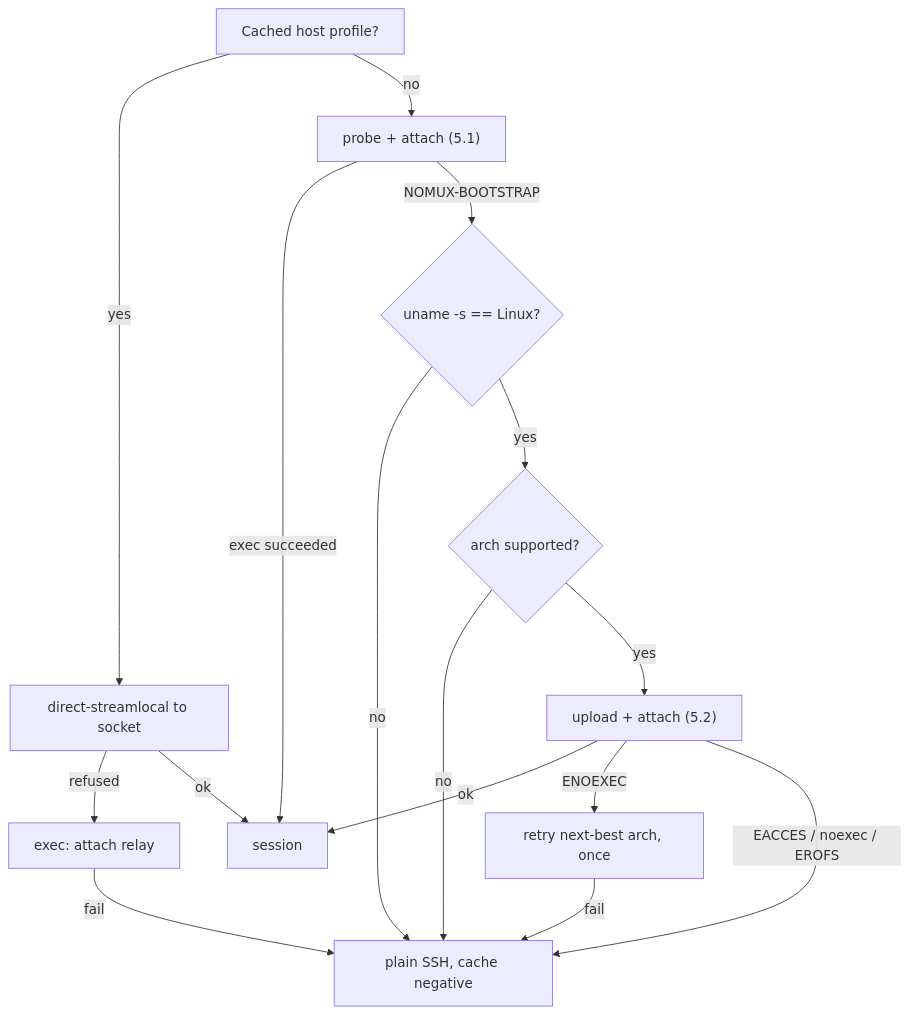
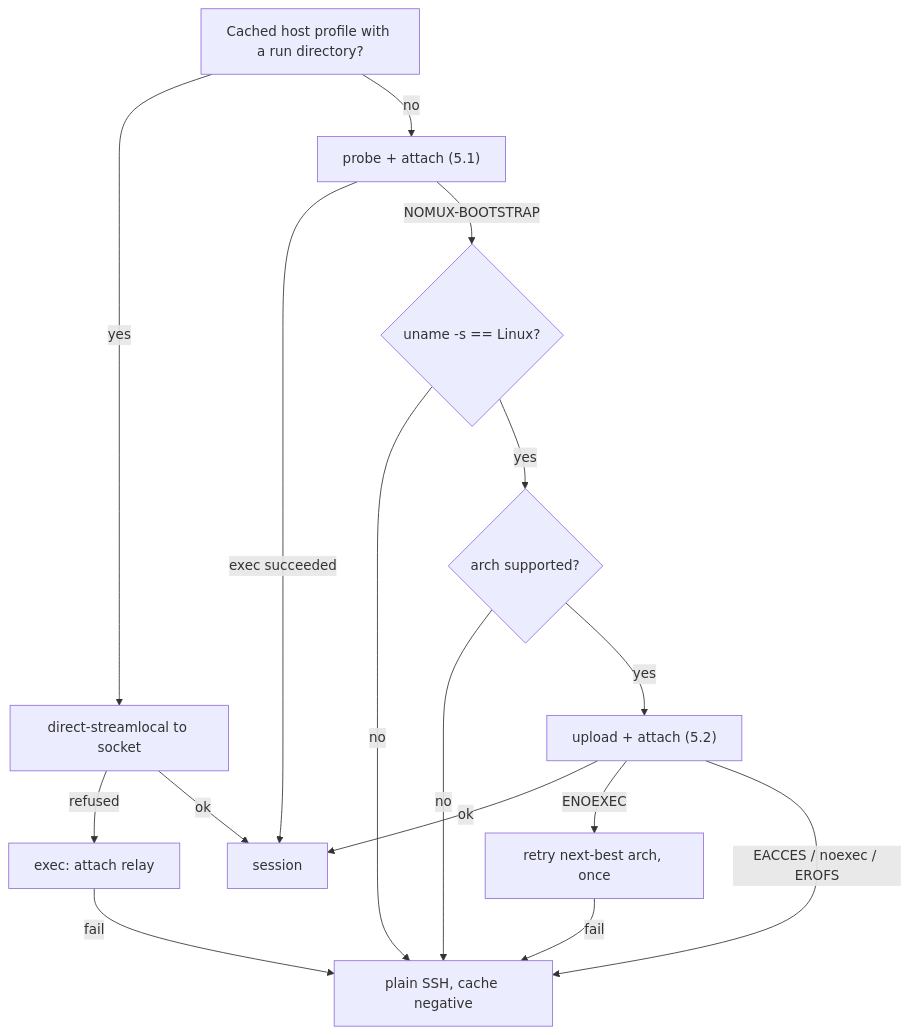
Before and after one commit to fornwall/nomux: the diagram in IMPLEMENTATION.md, drawn with Mermaid. The commit also changed other lines of this file, not shown here.

````diff
--- a/IMPLEMENTATION.md
+++ b/IMPLEMENTATION.md
@@ -300,18 +355,18 @@
 ```mermaid
 flowchart TD
-  A["Cached host profile?"] -- yes --> W["direct-streamlocal to socket"]
+  A["Cached host profile with a run directory?"] -- yes --> W["direct-streamlocal to socket"]
   W -- refused --> X["exec: attach relay"]
   W -- ok --> DONE["session"]
   A -- no --> P["probe + attach (5.1)"]
   P -- "exec succeeded" --> DONE
   P -- "NOMUX-BOOTSTRAP" --> Q{"uname -s == Linux?"}
   Q -- no --> F["plain SSH, cache negative"]
   Q -- yes --> R{"arch supported?"}
   R -- no --> F
   R -- yes --> U["upload + attach (5.2)"]
   U -- ok --> DONE
   U -- "ENOEXEC" --> V["retry next-best arch, once"]
   V -- fail --> F
   U -- "EACCES / noexec / EROFS" --> F
   X -- fail --> F
 ```
````
